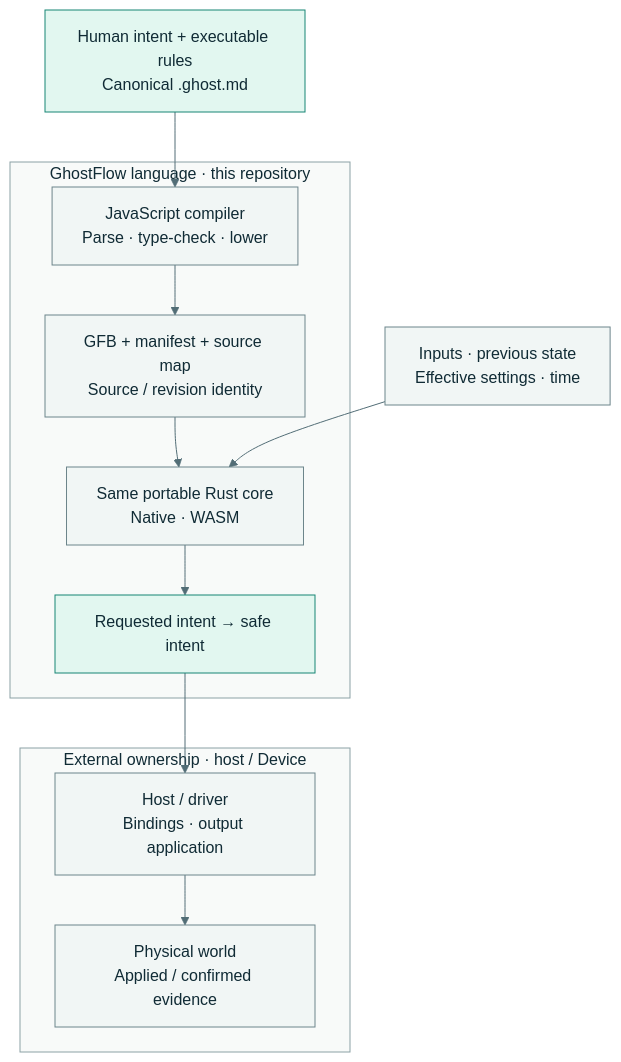
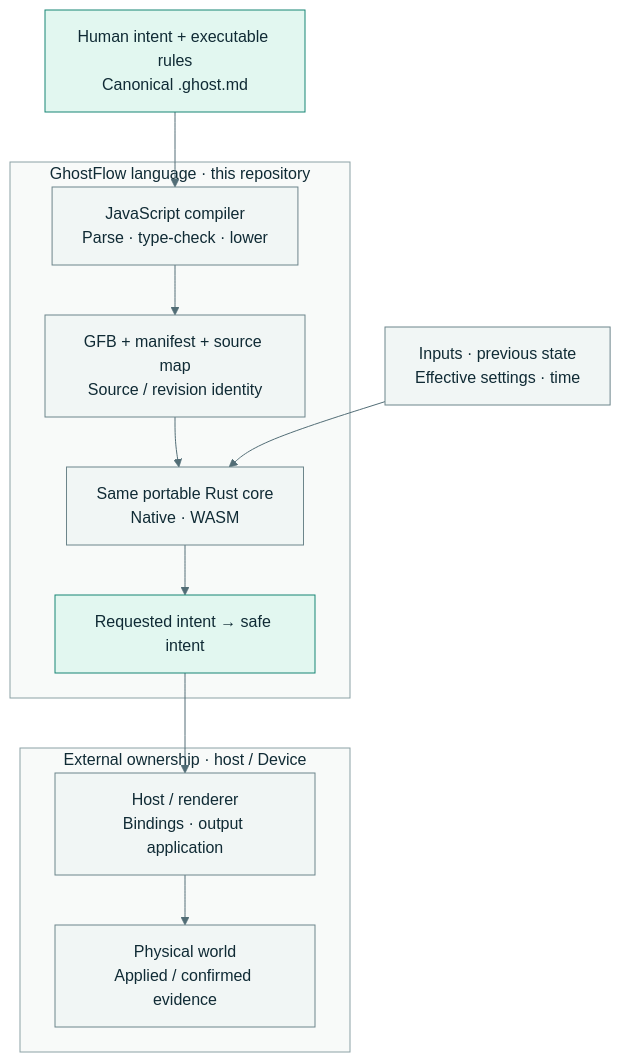
Before and after one commit to callin2/ghostflow-language: the diagram in README.md, drawn with Mermaid. The commit also changed other lines of this file and 87 other files, not shown here.

````diff
--- a/README.md
+++ b/README.md
@@ -62,25 +62,25 @@
 ```mermaid
 flowchart TB
   source["Human intent + executable rules<br>Canonical .ghost.md"]
   subgraph language["GhostFlow language · this repository"]
     compiler["JavaScript compiler<br>Parse · type-check · lower"]
     artifacts["GFB + manifest + source map<br>Source / revision identity"]
     core["Same portable Rust core<br>Native · WASM"]
     intent["Requested intent → safe intent"]
     compiler --> artifacts --> core --> intent
   end
   source --> compiler
   conditions["Inputs · previous state<br>Effective settings · time"] --> core
   subgraph external["External ownership · host / Device"]
-    driver["Host / driver<br>Bindings · output application"]
+    driver["Host / renderer<br>Bindings · output application"]
     world["Physical world<br>Applied / confirmed evidence"]
     driver --> world
   end
   intent --> driver
   classDef default fill:#f1f6f5,stroke:#6d858b,color:#102b35
   classDef accent fill:#e2f7f0,stroke:#168574,color:#102b35
   class source,intent accent
   style language fill:#f8faf9,stroke:#8ba1a5,color:#102b35
   style external fill:#f8faf9,stroke:#8ba1a5,color:#102b35
   linkStyle default stroke:#526d76,color:#102b35
 ```
````
